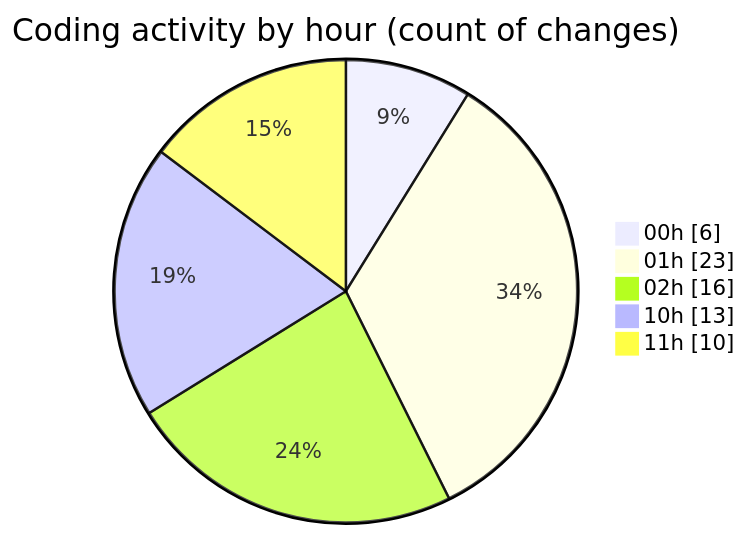
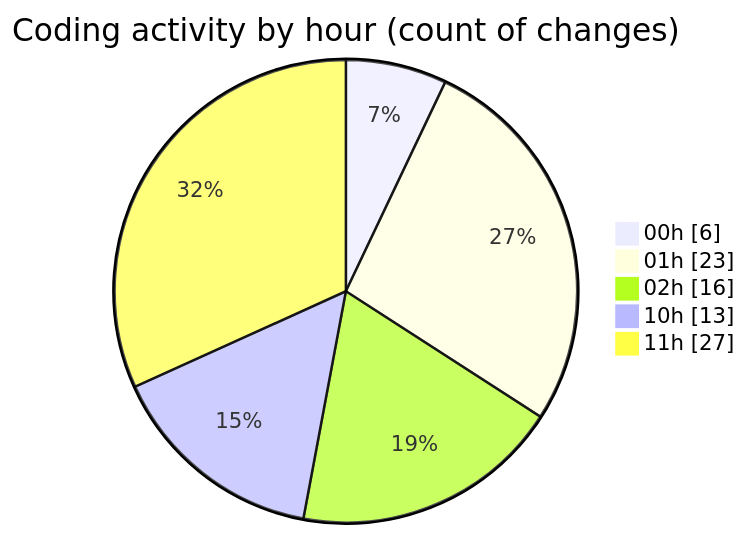
One commit to julien-gomy/code-tracking changed the second of 2 diagrams in 2025-11-08/eventscop-frontend-guide__workspace_/README.md. Above: the diagram before and after it, drawn with Mermaid. The commit also changed other lines of this file and 1 other file, not shown here.

````diff
--- a/2025-11-08/eventscop-frontend-guide__workspace_/README.md
+++ b/2025-11-08/eventscop-frontend-guide__workspace_/README.md
@@ -46,9 +52,9 @@
 ```mermaid
 pie showData
 title Coding activity by hour (count of changes)
 "00h" : 6
 "01h" : 23
 "02h" : 16
 "10h" : 13
-"11h" : 10
+"11h" : 27
 ```
````
